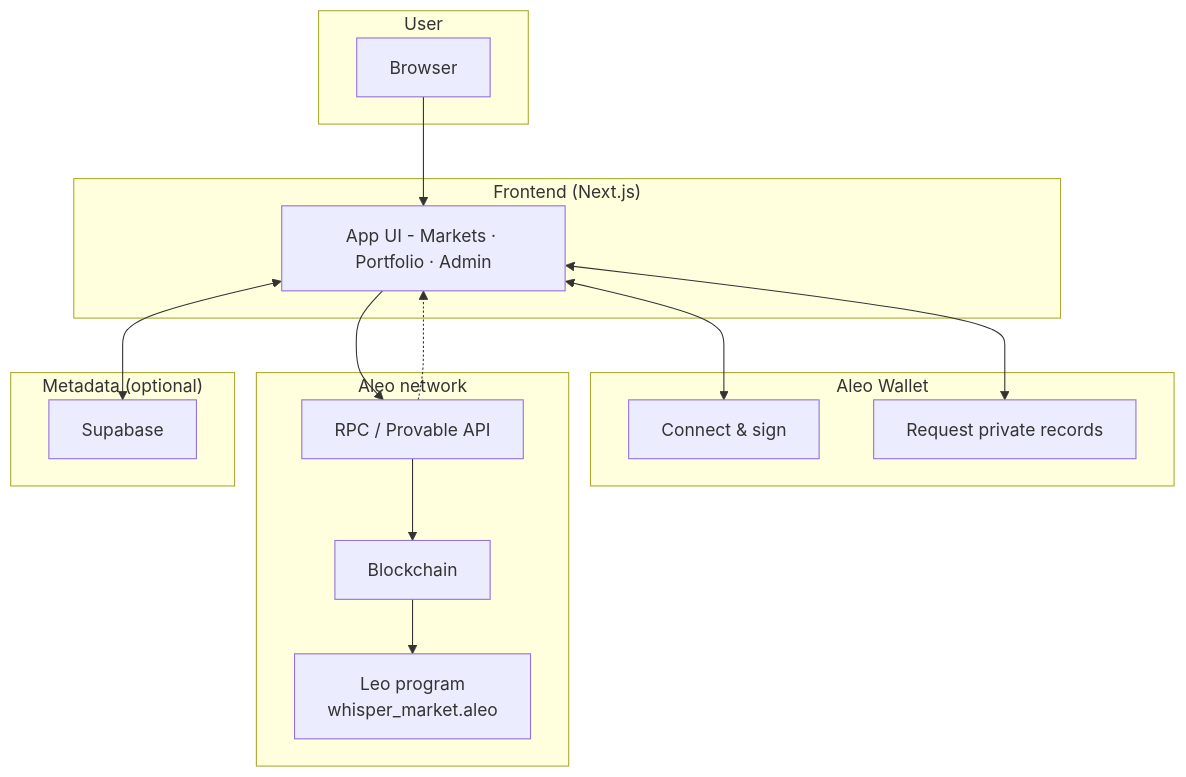
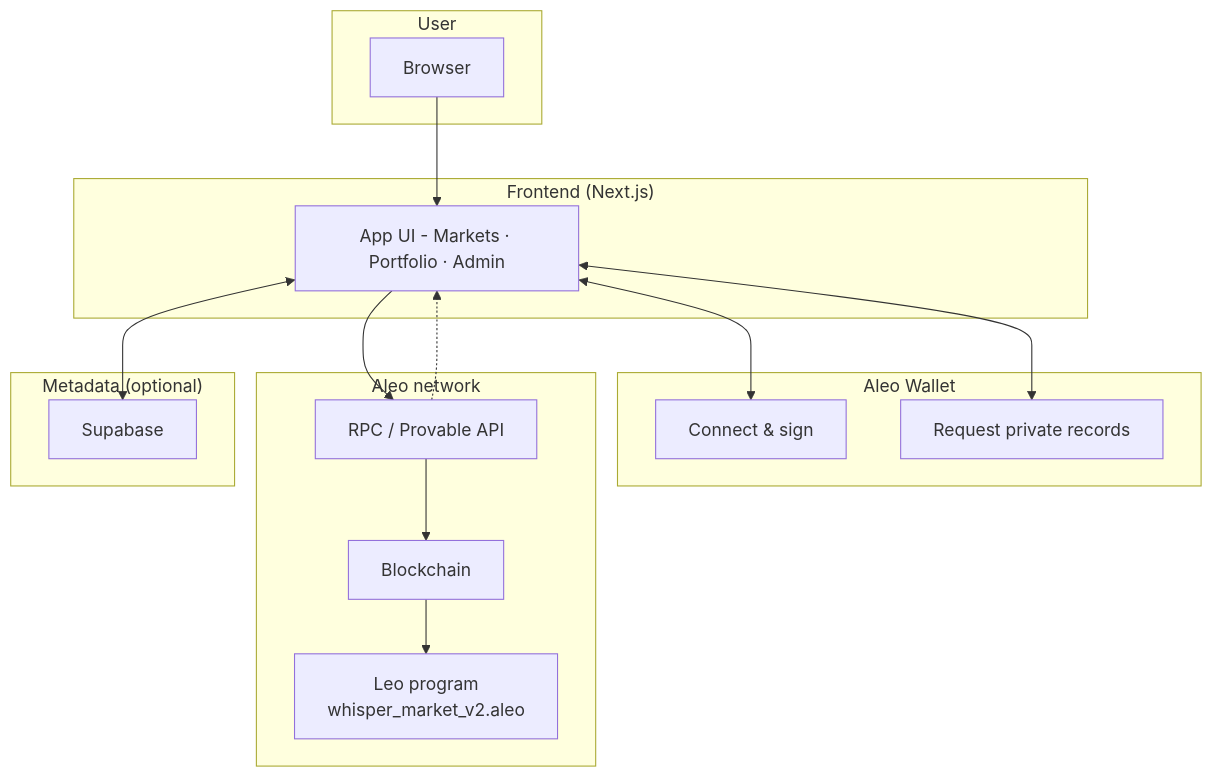
One commit to mikenike360/WhisperMarket changed the diagram in README.md. Above: the diagram before and after it, drawn with Mermaid. The commit also changed other lines of this file and 28 other files, not shown here.

````diff
--- a/README.md
+++ b/README.md
@@ -122,34 +122,34 @@
 ```mermaid
 flowchart TB
   subgraph user["User"]
     Browser[Browser]
   end
 
   subgraph frontend["Frontend (Next.js)"]
     App[App UI - Markets · Portfolio · Admin]
   end
 
   subgraph wallet["Aleo Wallet"]
     Connect[Connect & sign]
     Records[Request private records]
   end
 
   subgraph aleo["Aleo network"]
     RPC[RPC / Provable API]
     Chain[Blockchain]
-    Program[Leo program\nwhisper_market.aleo]
+    Program[Leo program\nwhisper_market_v2.aleo]
   end
 
   subgraph data["Metadata (optional)"]
     Supabase[Supabase]
   end
 
   Browser --> App
   App <--> Connect
   App <--> Records
   App --> RPC
   RPC --> Chain
   Chain --> Program
   App <--> Supabase
   RPC -.-> App
 ```
````
